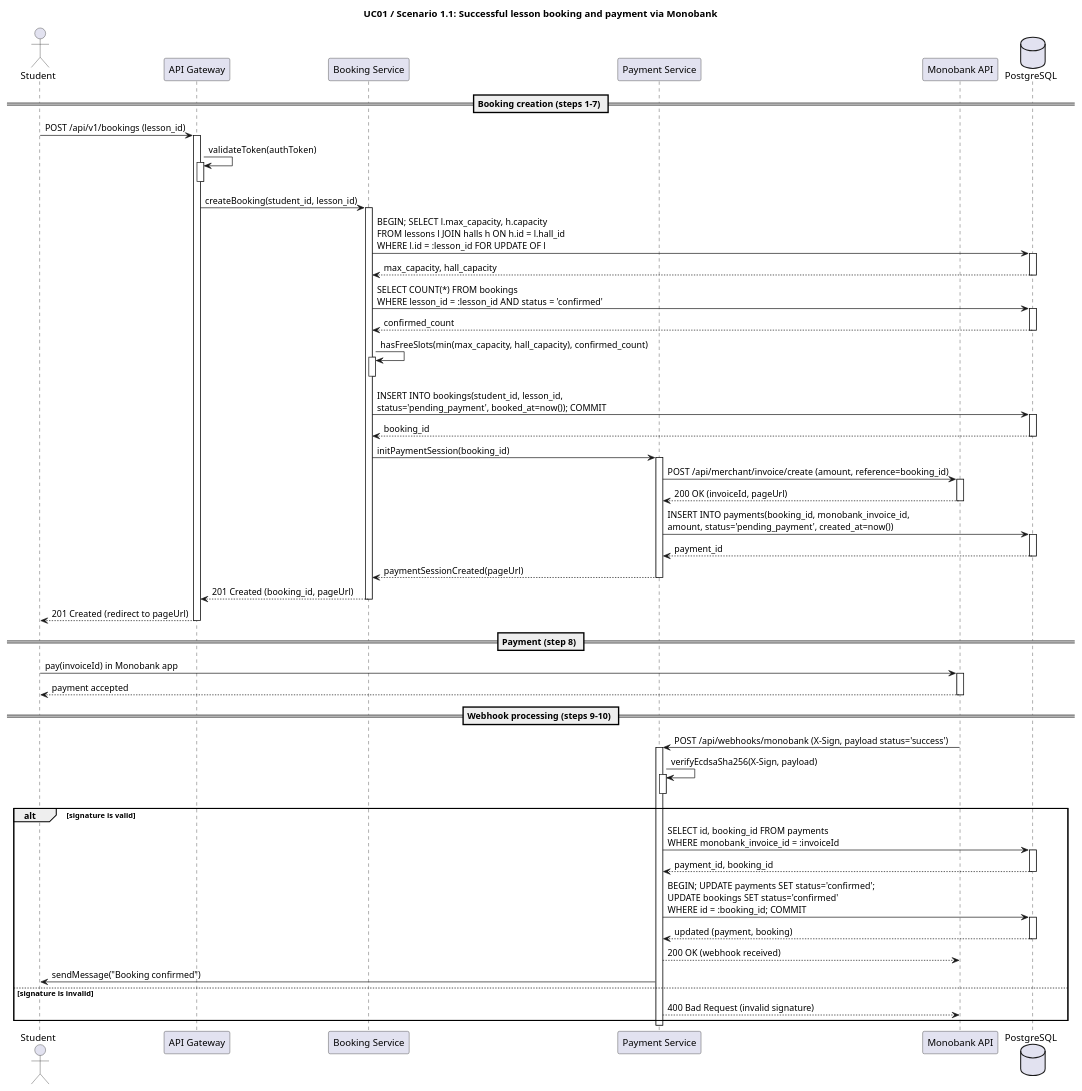
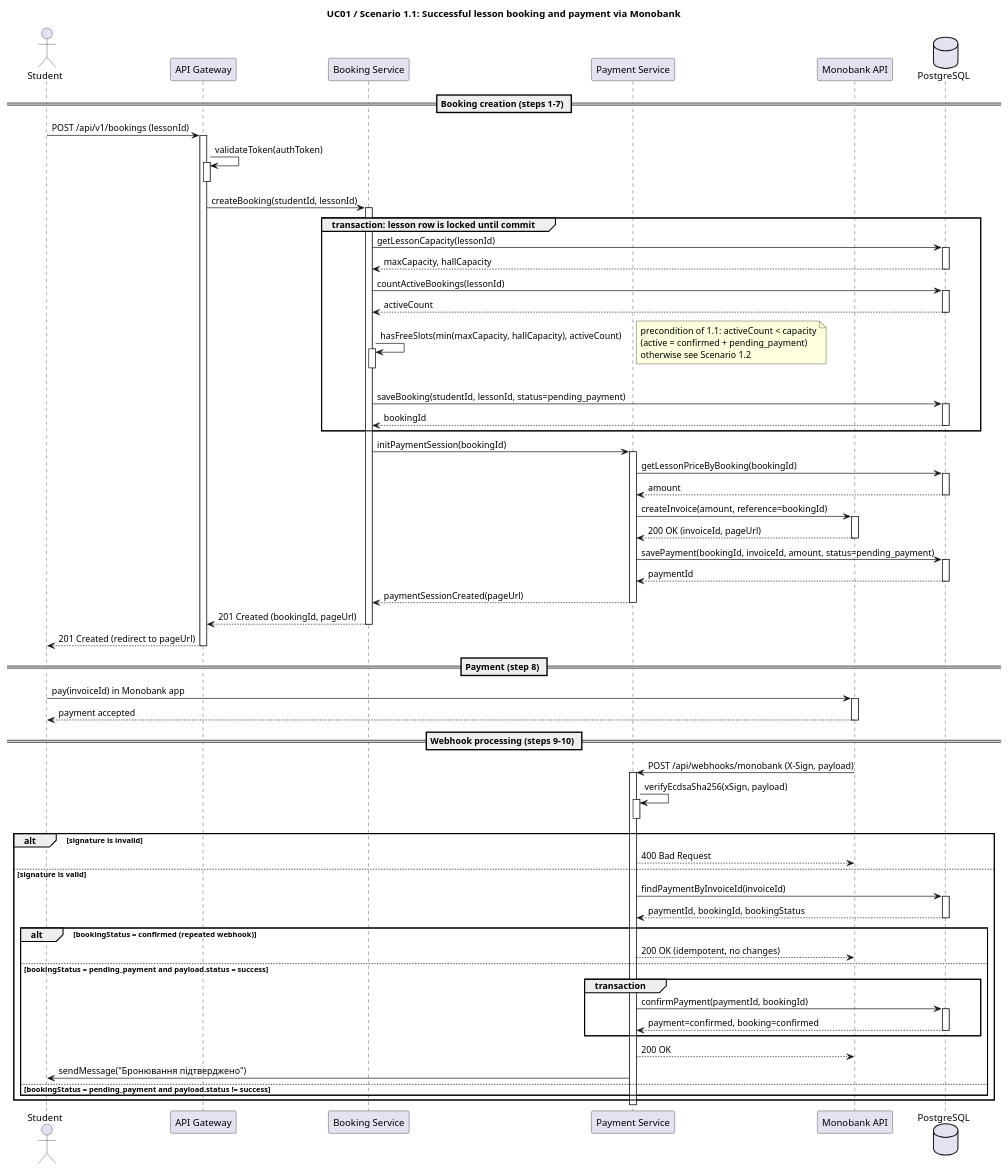
One commit to prashchukdanylo-stack/software-requirements-modeling-and-analysis changed the diagram in lab3/1.1.puml. Above: the diagram before and after it, drawn with PlantUML.

Commit message:
redone uml for 1.1 diagram

```diff
--- a/lab3/1.1.puml
+++ b/lab3/1.1.puml
@@ -1,98 +1,114 @@
 @startuml
 title UC01 / Scenario 1.1: Successful lesson booking and payment via Monobank
 
 actor "Student" as Student
 participant "API Gateway" as Gateway
 participant "Booking Service" as BookingService
 participant "Payment Service" as PaymentService
 participant "Monobank API" as MonobankAPI
 database "PostgreSQL" as DB
 
 == Booking creation (steps 1-7) ==
 
-Student -> Gateway: POST /api/v1/bookings (lesson_id)
+Student -> Gateway: POST /api/v1/bookings (lessonId)
 activate Gateway
 
 Gateway -> Gateway: validateToken(authToken)
 activate Gateway
 deactivate Gateway
 
-Gateway -> BookingService: createBooking(student_id, lesson_id)
+Gateway -> BookingService: createBooking(studentId, lessonId)
 activate BookingService
 
-BookingService -> DB: BEGIN; SELECT l.max_capacity, h.capacity\nFROM lessons l JOIN halls h ON h.id = l.hall_id\nWHERE l.id = :lesson_id FOR UPDATE OF l
+group transaction: lesson row is locked until commit
+    BookingService -> DB: getLessonCapacity(lessonId)
+    activate DB
+    DB --> BookingService: maxCapacity, hallCapacity
+    deactivate DB
+
+    BookingService -> DB: countActiveBookings(lessonId)
+    activate DB
+    DB --> BookingService: activeCount
+    deactivate DB
+
+    BookingService -> BookingService: hasFreeSlots(min(maxCapacity, hallCapacity), activeCount)
+    activate BookingService
+    deactivate BookingService
+    note right: precondition of 1.1: activeCount < capacity\n(active = confirmed + pending_payment)\notherwise see Scenario 1.2
+
+    BookingService -> DB: saveBooking(studentId, lessonId, status=pending_payment)
+    activate DB
+    DB --> BookingService: bookingId
+    deactivate DB
+end
+
+BookingService -> PaymentService: initPaymentSession(bookingId)
+activate PaymentService
+
+PaymentService -> DB: getLessonPriceByBooking(bookingId)
 activate DB
-DB --> BookingService: max_capacity, hall_capacity
+DB --> PaymentService: amount
 deactivate DB
 
-BookingService -> DB: SELECT COUNT(*) FROM bookings\nWHERE lesson_id = :lesson_id AND status = 'confirmed'
-activate DB
-DB --> BookingService: confirmed_count
-deactivate DB
-
-BookingService -> BookingService: hasFreeSlots(min(max_capacity, hall_capacity), confirmed_count)
-activate BookingService
-deactivate BookingService
-
-BookingService -> DB: INSERT INTO bookings(student_id, lesson_id,\nstatus='pending_payment', booked_at=now()); COMMIT
-activate DB
-DB --> BookingService: booking_id
-deactivate DB
-
-BookingService -> PaymentService: initPaymentSession(booking_id)
-activate PaymentService
-
-PaymentService -> MonobankAPI: POST /api/merchant/invoice/create (amount, reference=booking_id)
+PaymentService -> MonobankAPI: createInvoice(amount, reference=bookingId)
 activate MonobankAPI
 MonobankAPI --> PaymentService: 200 OK (invoiceId, pageUrl)
 deactivate MonobankAPI
 
-PaymentService -> DB: INSERT INTO payments(booking_id, monobank_invoice_id,\namount, status='pending_payment', created_at=now())
+PaymentService -> DB: savePayment(bookingId, invoiceId, amount, status=pending_payment)
 activate DB
-DB --> PaymentService: payment_id
+DB --> PaymentService: paymentId
 deactivate DB
 
 PaymentService --> BookingService: paymentSessionCreated(pageUrl)
 deactivate PaymentService
 
-BookingService --> Gateway: 201 Created (booking_id, pageUrl)
+BookingService --> Gateway: 201 Created (bookingId, pageUrl)
 deactivate BookingService
 
 Gateway --> Student: 201 Created (redirect to pageUrl)
 deactivate Gateway
 
 == Payment (step 8) ==
 
 Student -> MonobankAPI: pay(invoiceId) in Monobank app
 activate MonobankAPI
 MonobankAPI --> Student: payment accepted
 deactivate MonobankAPI
 
 == Webhook processing (steps 9-10) ==
 
-MonobankAPI -> PaymentService: POST /api/webhooks/monobank (X-Sign, payload status='success')
+MonobankAPI -> PaymentService: POST /api/webhooks/monobank (X-Sign, payload)
 activate PaymentService
 
-PaymentService -> PaymentService: verifyEcdsaSha256(X-Sign, payload)
+PaymentService -> PaymentService: verifyEcdsaSha256(xSign, payload)
 activate PaymentService
 deactivate PaymentService
 
-alt signature is valid
-    PaymentService -> DB: SELECT id, booking_id FROM payments\nWHERE monobank_invoice_id = :invoiceId
+alt signature is invalid
+    PaymentService --> MonobankAPI: 400 Bad Request
+else signature is valid
+    PaymentService -> DB: findPaymentByInvoiceId(invoiceId)
     activate DB
-    DB --> PaymentService: payment_id, booking_id
+    DB --> PaymentService: paymentId, bookingId, bookingStatus
     deactivate DB
 
-    PaymentService -> DB: BEGIN; UPDATE payments SET status='confirmed';\nUPDATE bookings SET status='confirmed'\nWHERE id = :booking_id; COMMIT
-    activate DB
-    DB --> PaymentService: updated (payment, booking)
-    deactivate DB
+    alt bookingStatus = confirmed (repeated webhook)
+        PaymentService --> MonobankAPI: 200 OK (idempotent, no changes)
+    else bookingStatus = pending_payment and payload.status = success
+        group transaction
+            PaymentService -> DB: confirmPayment(paymentId, bookingId)
+            activate DB
+            DB --> PaymentService: payment=confirmed, booking=confirmed
+            deactivate DB
+        end
+        PaymentService --> MonobankAPI: 200 OK
+        PaymentService -> Student: sendMessage("Бронювання підтверджено")
 
-    PaymentService --> MonobankAPI: 200 OK (webhook received)
-    PaymentService -> Student: sendMessage("Booking confirmed")
-else signature is invalid
-    PaymentService --> MonobankAPI: 400 Bad Request (invalid signature)
+        else bookingStatus = pending_payment and payload.status != success
+        note right: see Scenario 1.3
+    end
 end
 
 deactivate PaymentService
 @enduml
```
